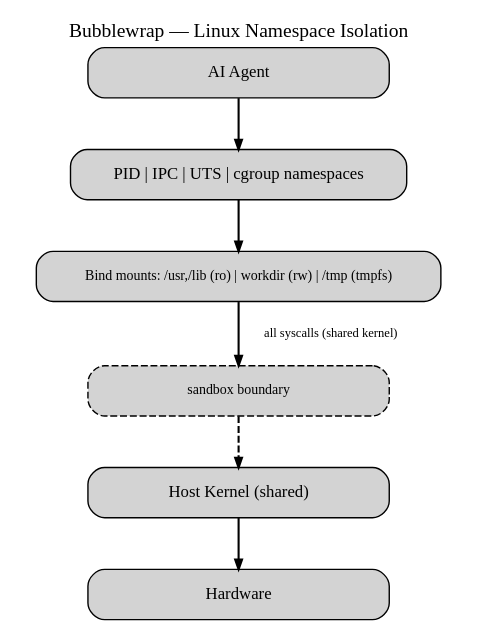
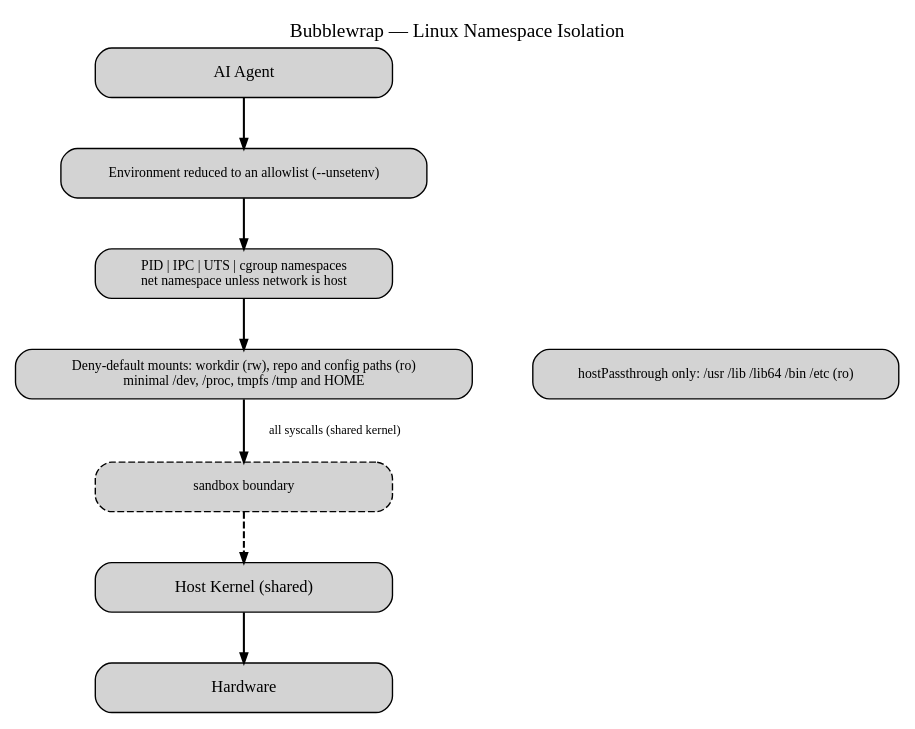
The diagram in packages/asset/asset-diagrams/02-bubblewrap.dot (xonovex/platform), drawn with Graphviz before and after one commit. The commit also changed 27 other files, not shown here.

Commit message:
docs(asset-diagrams): correct the sandbox diagrams against the code and add seatbelt, docker-sandboxes and openshell

```diff
--- a/packages/asset/asset-diagrams/02-bubblewrap.dot
+++ b/packages/asset/asset-diagrams/02-bubblewrap.dot
@@ -1,27 +1,33 @@
 digraph Bubblewrap {
   rankdir=TB;
   splines=false;
   nodesep=0.3;
   ranksep=0.5;
   margin=0.3;
 
   node [shape=box, style="rounded,filled", fontsize=12, width=3, height=0.5];
   edge [fontsize=9, penwidth=1.5, arrowsize=0.7];
 
   label="Bubblewrap — Linux Namespace Isolation";
   labelloc=t;
   fontsize=14;
 
   agent [label="AI Agent", role="actor"];
-  ns [label="PID | IPC | UTS | cgroup namespaces"];
-  mounts [label="Bind mounts: /usr,/lib (ro) | workdir (rw) | /tmp (tmpfs)", fontsize=10];
+  env [label="Environment reduced to an allowlist (--unsetenv)", fontsize=10];
+  ns [label="PID | IPC | UTS | cgroup namespaces\nnet namespace unless network is host", fontsize=10];
+  mounts [label="Deny-default mounts: workdir (rw), repo and config paths (ro)\nminimal /dev, /proc, tmpfs /tmp and HOME", fontsize=10];
+  pass [label="hostPassthrough only: /usr /lib /lib64 /bin /etc (ro)", role="note", fontsize=10];
   sb [label="sandbox boundary", role="risk", style="rounded,filled,dashed", fontsize=10];
   kernel [label="Host Kernel (shared)", role="strong"];
   hw [label="Hardware", role="panel"];
 
-  agent -> ns;
+  agent -> env;
+  env -> ns;
   ns -> mounts;
   mounts -> sb [label="  all syscalls (shared kernel)"];
   sb -> kernel [role="risk", style=dashed];
   kernel -> hw;
+
+  { rank=same; mounts; pass; }
+  mounts -> pass [style=invis];
 }
```
